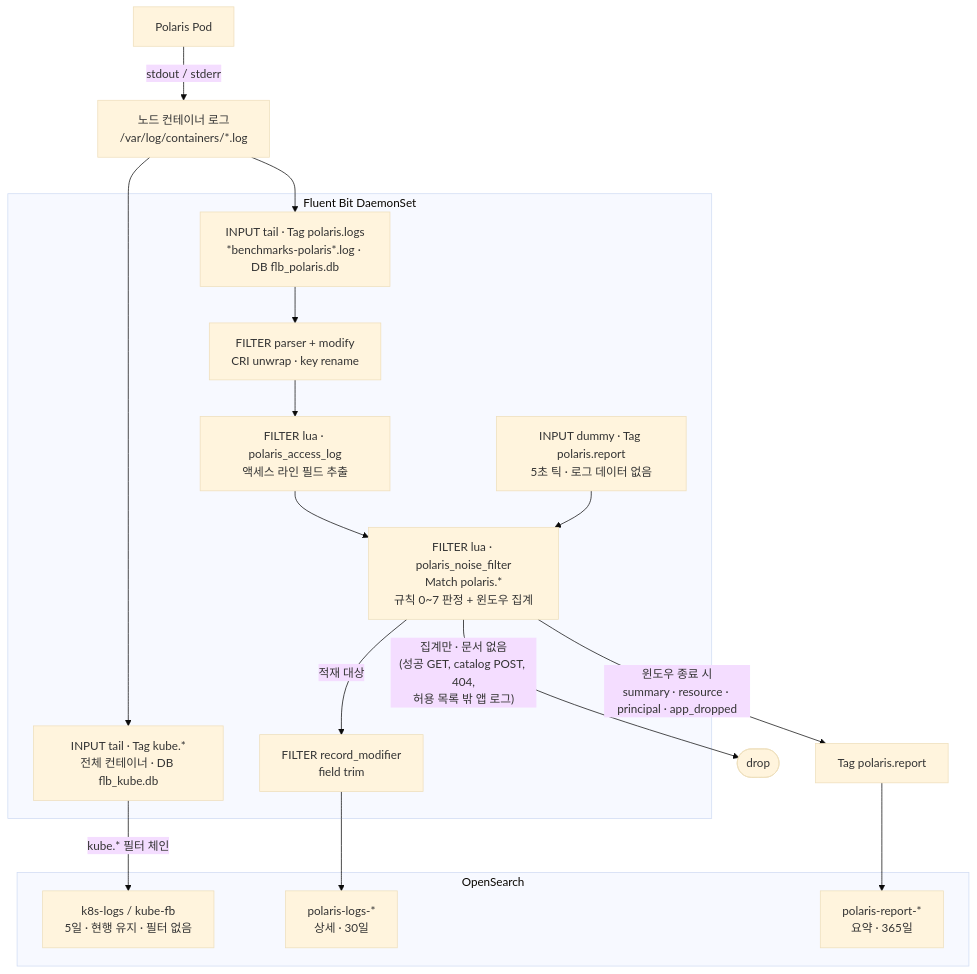
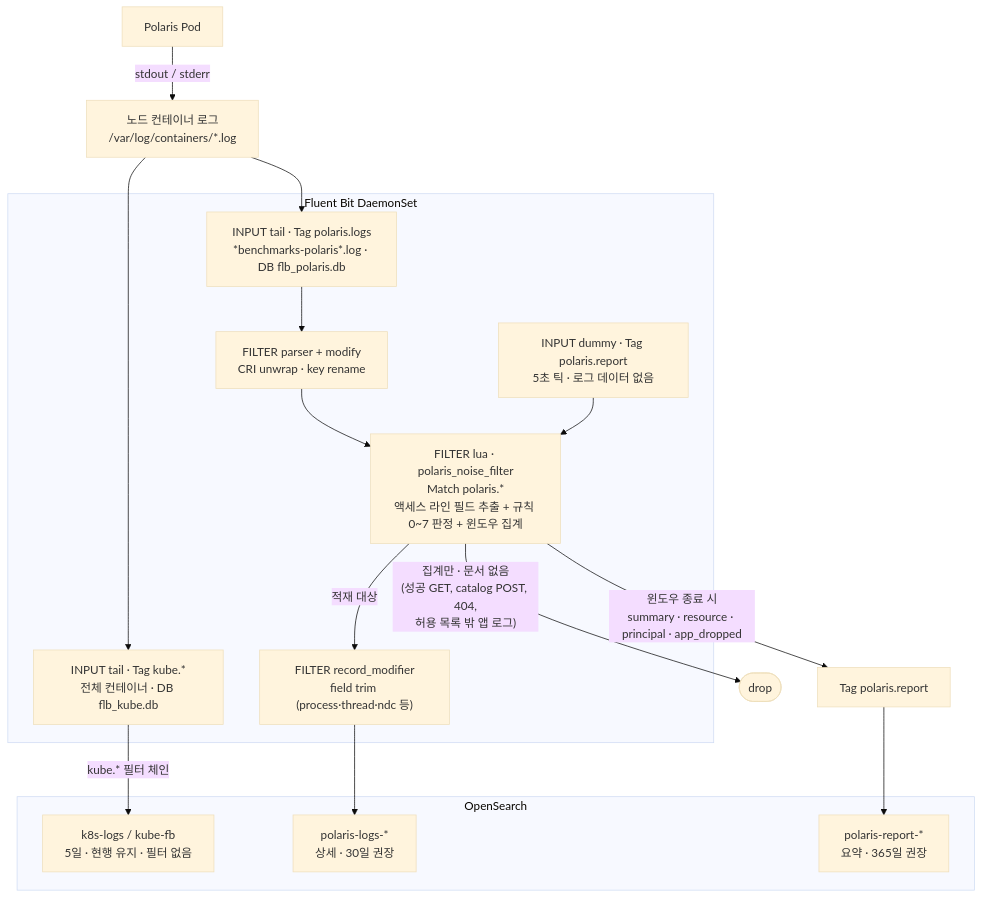
Before and after one commit to enjay27/lakehouse-k8s: the diagram in logging/PROPOSAL-polaris-audit-log-retention.ko.md, drawn with Mermaid (base theme). The commit also changed other lines of this file and 17 other files, not shown here.

````diff
--- a/logging/PROPOSAL-polaris-audit-log-retention.ko.md
+++ b/logging/PROPOSAL-polaris-audit-log-retention.ko.md
@@ -84,35 +85,34 @@
 ```mermaid
 flowchart TB
   POL["Polaris Pod"]
   CL["노드 컨테이너 로그<br/>/var/log/containers/*.log"]
   POL -->|"stdout / stderr"| CL
 
   subgraph FB["Fluent Bit DaemonSet"]
     I1["INPUT tail · Tag kube.*<br/>전체 컨테이너 · DB flb_kube.db"]
     I2["INPUT tail · Tag polaris.logs<br/>*benchmarks-polaris*.log · DB flb_polaris.db"]
     I3["INPUT dummy · Tag polaris.report<br/>5초 틱 · 로그 데이터 없음"]
     F1["FILTER parser + modify<br/>CRI unwrap · key rename"]
-    F2["FILTER lua · polaris_access_log<br/>액세스 라인 필드 추출"]
-    F3["FILTER lua · polaris_noise_filter<br/>Match polaris.*<br/>규칙 0~7 판정 + 윈도우 집계"]
-    F4["FILTER record_modifier<br/>field trim"]
+    F3["FILTER lua · polaris_noise_filter<br/>Match polaris.*<br/>액세스 라인 필드 추출 + 규칙 0~7 판정 + 윈도우 집계"]
+    F4["FILTER record_modifier<br/>field trim (process·thread·ndc 등)"]
   end
 
   CL --> I1
   CL --> I2
-  I2 --> F1 --> F2 --> F3
+  I2 --> F1 --> F3
   I3 --> F3
 
   F3 -->|"적재 대상"| F4
   F3 -->|"집계만 · 문서 없음<br/>(성공 GET, catalog POST, 404,<br/>허용 목록 밖 앱 로그)"| DROP(["drop"])
   F3 -->|"윈도우 종료 시<br/>summary · resource · principal · app_dropped"| RPT["Tag polaris.report"]
 
   subgraph OS["OpenSearch"]
     IDX1["k8s-logs / kube-fb<br/>5일 · 현행 유지 · 필터 없음"]
-    IDX2["polaris-logs-*<br/>상세 · 30일"]
-    IDX3["polaris-report-*<br/>요약 · 365일"]
+    IDX2["polaris-logs-*<br/>상세 · 30일 권장"]
+    IDX3["polaris-report-*<br/>요약 · 365일 권장"]
   end
 
   I1 -->|"kube.* 필터 체인"| IDX1
   F4 --> IDX2
   RPT --> IDX3
 ```
````
